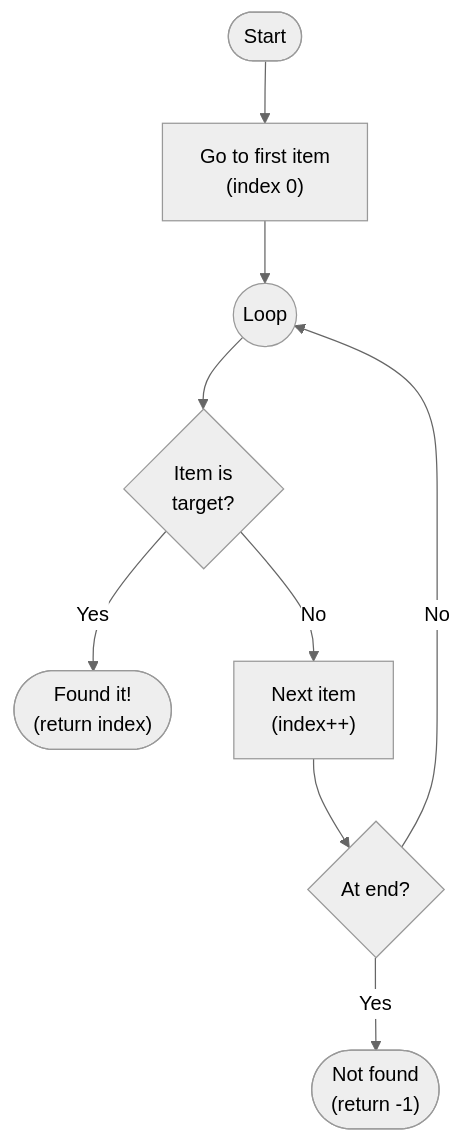
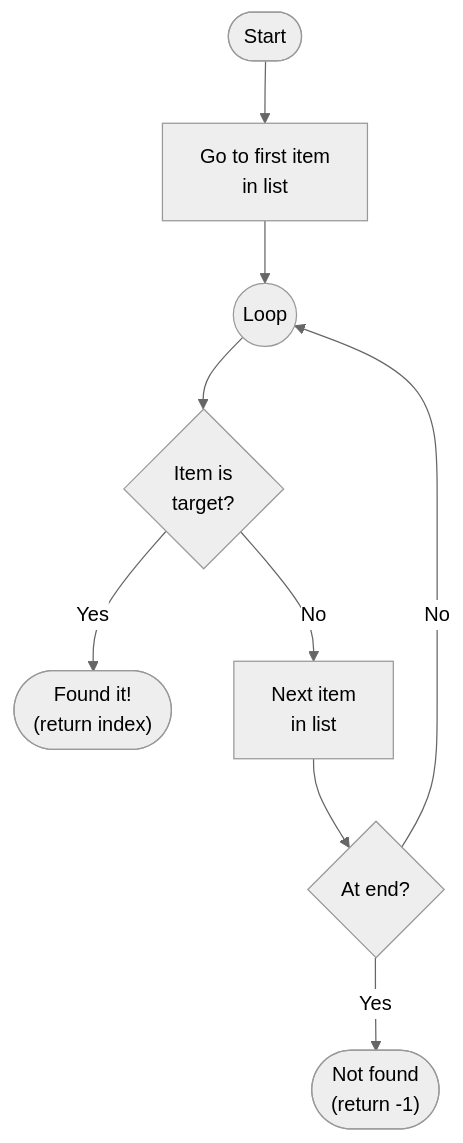
Before and after one commit to waimea-dt/how-do-i: the first of 2 diagrams in docs/programming/algorithms/searching.md, drawn with Mermaid (neutral theme). The commit also changed other lines of this file and 10 other files, not shown here.

Commit message:
More pseudo and mermaid tweaks, plus tree notes

````diff
--- a/docs/programming/algorithms/searching.md
+++ b/docs/programming/algorithms/searching.md
@@ -20,19 +36,19 @@
 ```mermaid
 flowchart TD
     %% Define nodes
     start(["Start"])
-    init["Go to first item<br>(index 0)"]
+    init["Go to first item<br>in list"]
     check{"At end?"}
     compare{"Item is<br>target?"}
     loop((Loop))
     found(["Found it!<br>(return index)"])
-    next["Next item<br>(index++)"]
+    next["Next item<br>in list"]
     notfound(["Not found<br>(return -1)"])
 
     %% Define links
     start --> init --> loop --> compare
     check -- Yes --> notfound
     check -- No --> loop
     compare -- Yes --> found
     compare -- No --> next --> check
 ```
````
